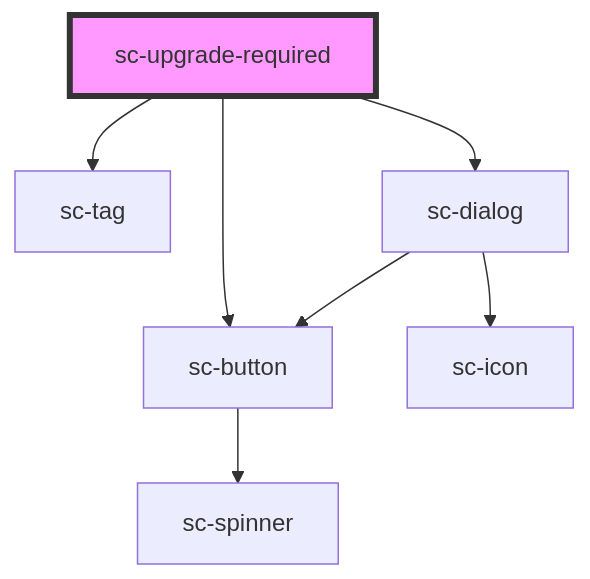
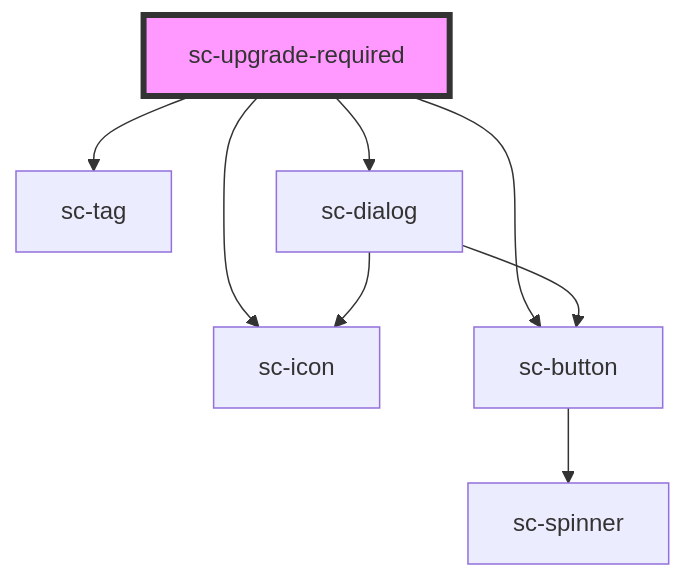
The diagram in packages/components/src/components/ui/sc-upgrade-required/readme.md (surecart/surecart-wp-plugin), drawn with Mermaid before and after one commit. The commit also changed other lines of this file and 8 other files, not shown here.

````diff
--- a/packages/components/src/components/ui/sc-upgrade-required/readme.md
+++ b/packages/components/src/components/ui/sc-upgrade-required/readme.md
@@ -17,10 +25,11 @@
 ```mermaid
 graph TD;
   sc-upgrade-required --> sc-tag
   sc-upgrade-required --> sc-dialog
+  sc-upgrade-required --> sc-icon
   sc-upgrade-required --> sc-button
   sc-dialog --> sc-button
   sc-dialog --> sc-icon
   sc-button --> sc-spinner
   style sc-upgrade-required fill:#f9f,stroke:#333,stroke-width:4px
 ```
````
